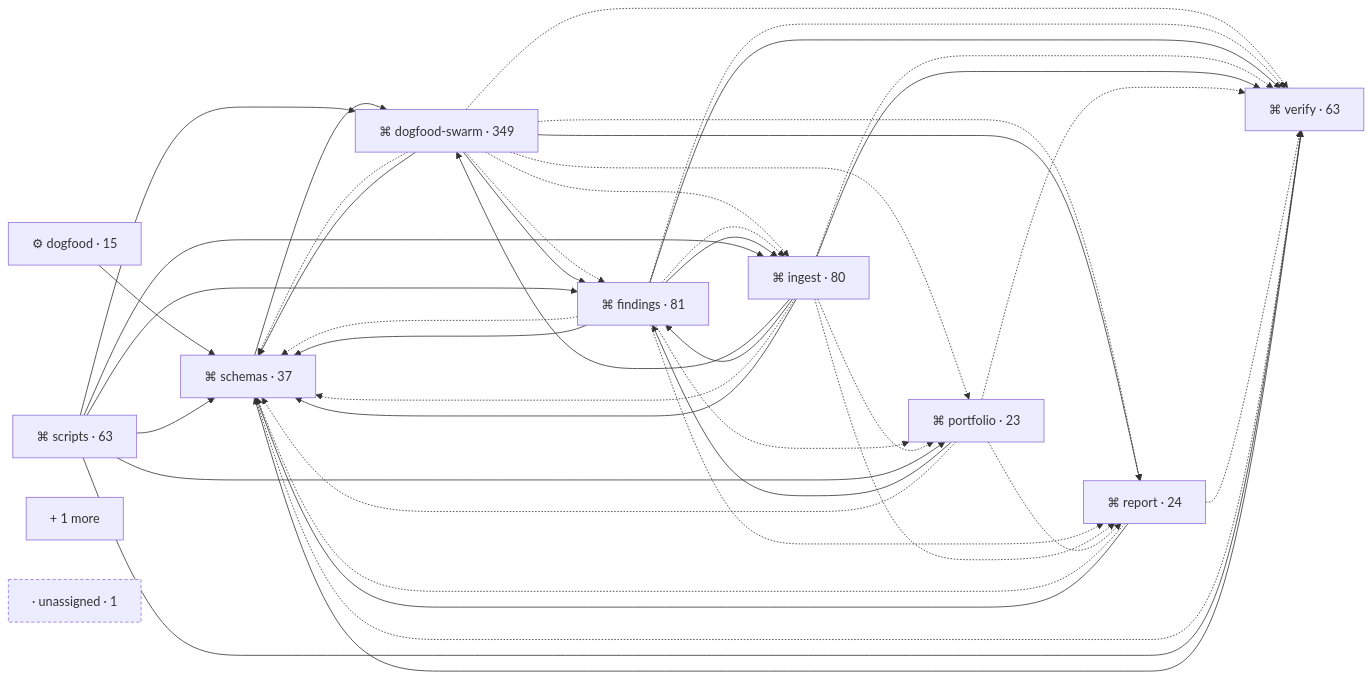
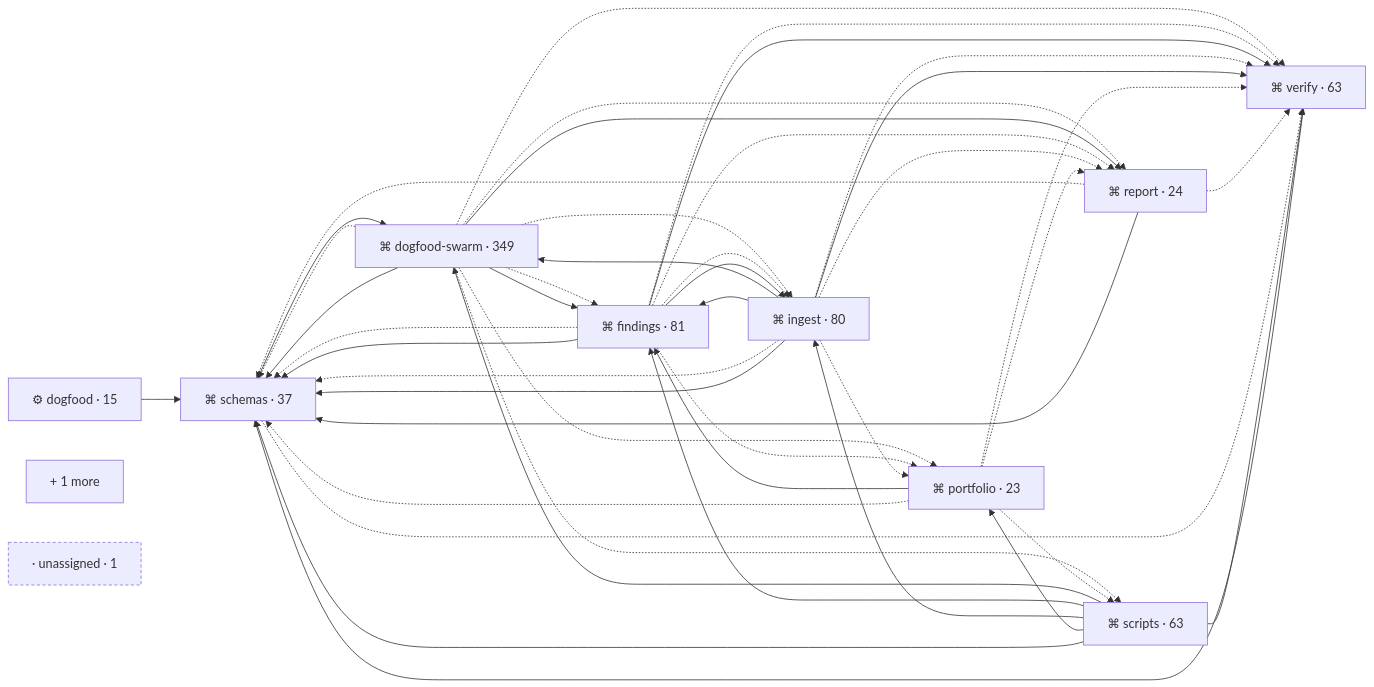
The diagram in atlas/orientation.md (dogfood-lab/testing-os), drawn with Mermaid before and after one commit. The commit also changed other lines of this file and 5 other files, not shown here.

````diff
--- a/atlas/orientation.md
+++ b/atlas/orientation.md
@@ -13,57 +13,59 @@
 ```mermaid
 flowchart LR
 n_dogfood["⚙ dogfood · 15"]
 n_dogfood_swarm["⌘ dogfood-swarm · 349"]
 n_findings["⌘ findings · 81"]
 n_ingest["⌘ ingest · 80"]
 n_portfolio["⌘ portfolio · 23"]
 n_report["⌘ report · 24"]
 n_schemas["⌘ schemas · 37"]
 n_scripts["⌘ scripts · 63"]
 n_verify["⌘ verify · 63"]
 more["+ 1 more"]
 unassigned["· unassigned · 1"]:::unassigned
 n_dogfood --> n_schemas
 n_dogfood_swarm -.-> n_findings
 n_dogfood_swarm --> n_findings
 n_dogfood_swarm -.-> n_ingest
 n_dogfood_swarm -.-> n_portfolio
 n_dogfood_swarm -.-> n_report
 n_dogfood_swarm --> n_report
 n_dogfood_swarm -.-> n_schemas
 n_dogfood_swarm --> n_schemas
+n_dogfood_swarm -.-> n_scripts
 n_dogfood_swarm -.-> n_verify
 n_findings -.-> n_ingest
 n_findings --> n_ingest
 n_findings -.-> n_portfolio
 n_findings -.-> n_report
 n_findings -.-> n_schemas
 n_findings --> n_schemas
 n_findings -.-> n_verify
 n_findings --> n_verify
 n_ingest --> n_dogfood_swarm
 n_ingest --> n_findings
 n_ingest -.-> n_portfolio
 n_ingest -.-> n_report
 n_ingest -.-> n_schemas
 n_ingest --> n_schemas
 n_ingest -.-> n_verify
 n_ingest --> n_verify
 n_portfolio --> n_findings
 n_portfolio -.-> n_report
 n_portfolio -.-> n_schemas
+n_portfolio -.-> n_scripts
 n_portfolio -.-> n_verify
 n_report -.-> n_schemas
 n_report --> n_schemas
 n_report -.-> n_verify
 n_schemas --> n_dogfood_swarm
 n_schemas -.-> n_verify
 n_scripts --> n_dogfood_swarm
 n_scripts --> n_findings
 n_scripts --> n_ingest
 n_scripts --> n_portfolio
 n_scripts --> n_schemas
 n_scripts --> n_verify
 n_verify --> n_schemas
 classDef unassigned stroke-dasharray: 4 3
 ```
````
